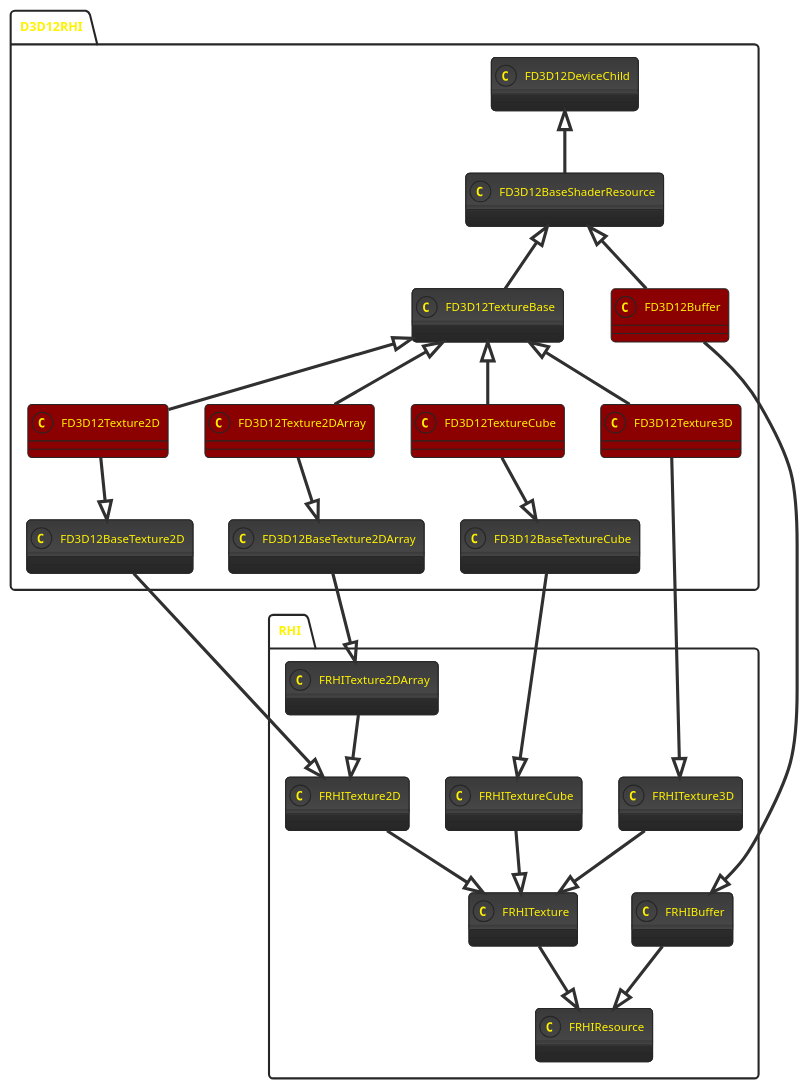
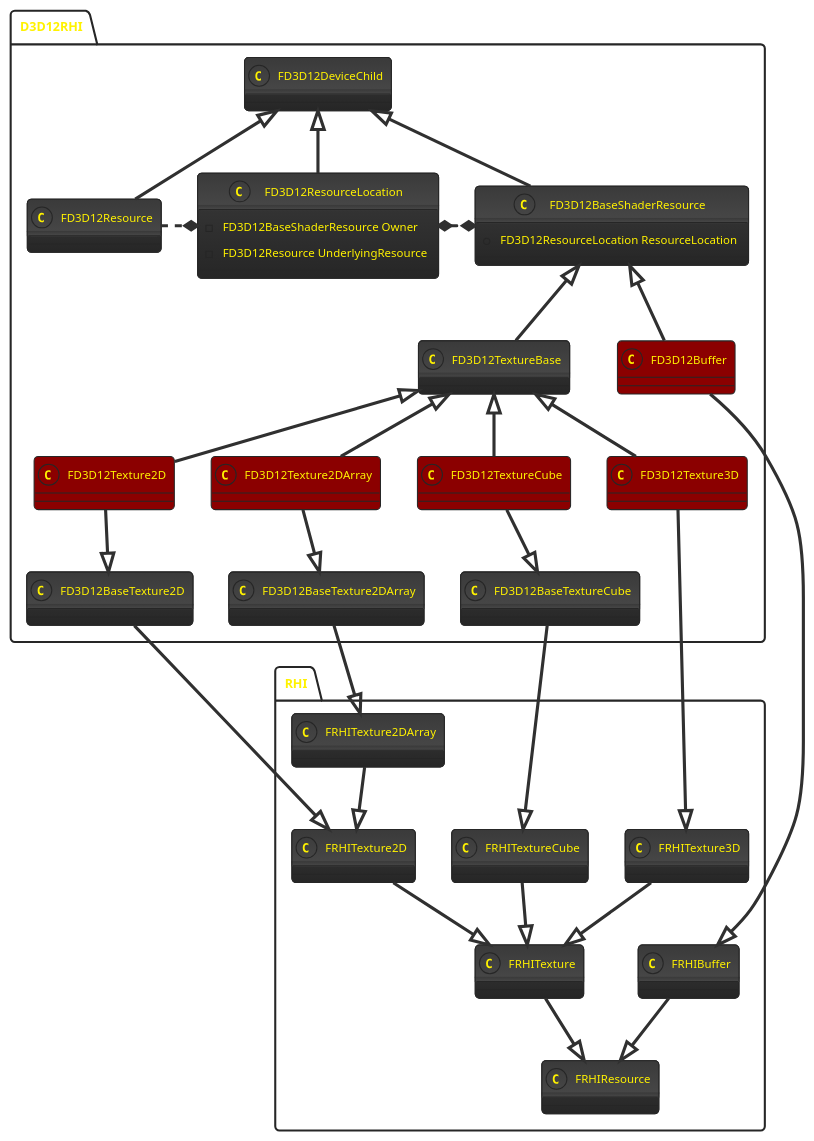
One commit to yuanlin2008/Notes changed the second of 2 diagrams in D3D12RHI.md. Above: the diagram before and after it, drawn with PlantUML.

````diff
--- a/D3D12RHI.md
+++ b/D3D12RHI.md
@@ -24,43 +24,54 @@
 ```puml
 !theme black-knight
 package RHI {
 	class FRHIResource
 	class FRHIBuffer
 	class FRHITexture
 	class FRHITexture2D
 	class FRHITexture2DArray
 	class FRHITexture3D
 	class FRHITextureCube
 	FRHIBuffer--|>FRHIResource
 	FRHITexture--|>FRHIResource
 	FRHITexture2D--|>FRHITexture
 	FRHITexture2DArray--|>FRHITexture2D
 	FRHITexture3D--|>FRHITexture
 	FRHITextureCube--|>FRHITexture
 }
 package D3D12RHI {
 	class FD3D12Buffer #darkred
 	class FD3D12Texture2D #darkred
 	class FD3D12Texture2DArray #darkred
 	class FD3D12TextureCube #darkred
 	class FD3D12Texture3D #darkred
+	class FD3D12ResourceLocation {
+		-FD3D12BaseShaderResource Owner
+		-FD3D12Resource UnderlyingResource
+	}
+	class FD3D12BaseShaderResource {
+		+FD3D12ResourceLocation ResourceLocation
+	}
 
 	FD3D12DeviceChild<|--FD3D12BaseShaderResource
+	FD3D12DeviceChild<|--FD3D12Resource
+	FD3D12DeviceChild<|--FD3D12ResourceLocation
+	FD3D12Resource.*FD3D12ResourceLocation
+	FD3D12ResourceLocation*.*FD3D12BaseShaderResource
 	FD3D12BaseShaderResource<|--FD3D12Buffer
 	FD3D12Buffer--|>FRHIBuffer
 	FD3D12BaseShaderResource<|--FD3D12TextureBase
 	FD3D12TextureBase<|--FD3D12Texture3D
 	FD3D12Texture3D--|>FRHITexture3D
 	FD3D12BaseTexture2D--|>FRHITexture2D
 	FD3D12BaseTexture2DArray--|>FRHITexture2DArray
 	FD3D12BaseTextureCube--|>FRHITextureCube
 
 	FD3D12TextureBase<|--FD3D12Texture2D
 	FD3D12Texture2D--|>FD3D12BaseTexture2D
 	FD3D12TextureBase<|--FD3D12Texture2DArray
 	FD3D12Texture2DArray--|>FD3D12BaseTexture2DArray
 	FD3D12TextureBase<|--FD3D12TextureCube
 	FD3D12TextureCube--|>FD3D12BaseTextureCube
 }
 
 ```
````
